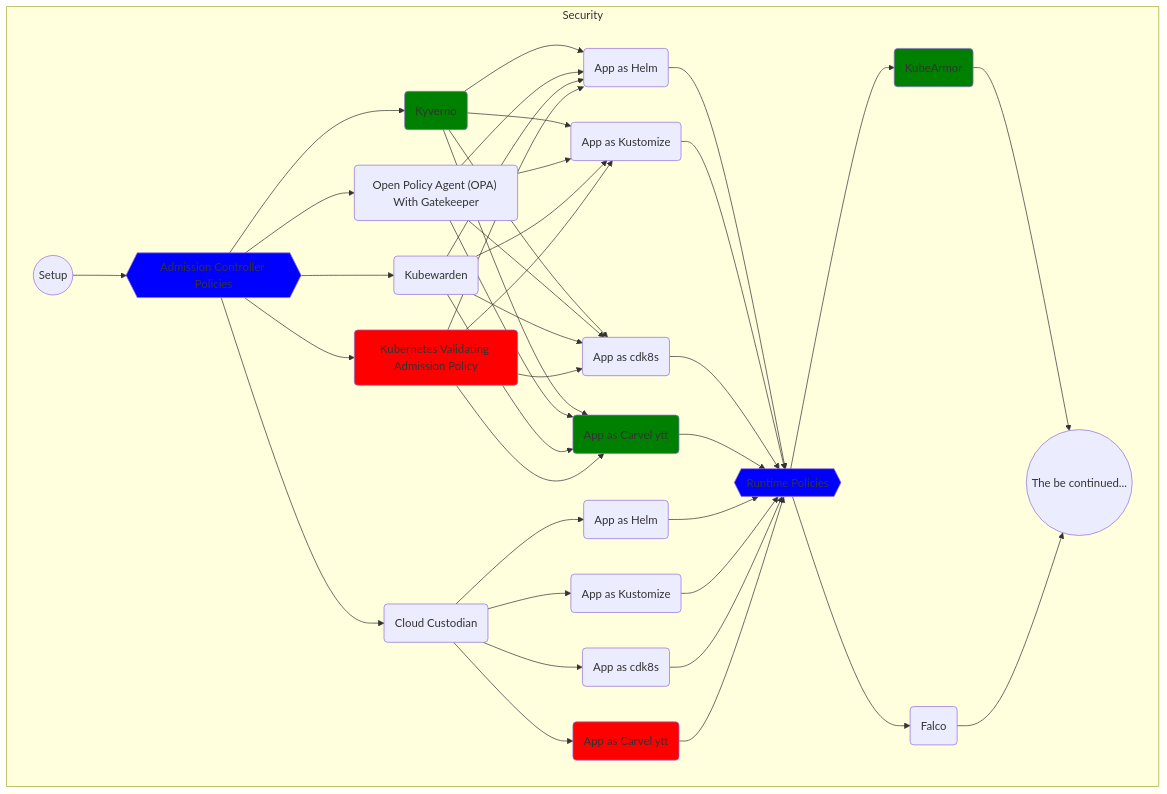
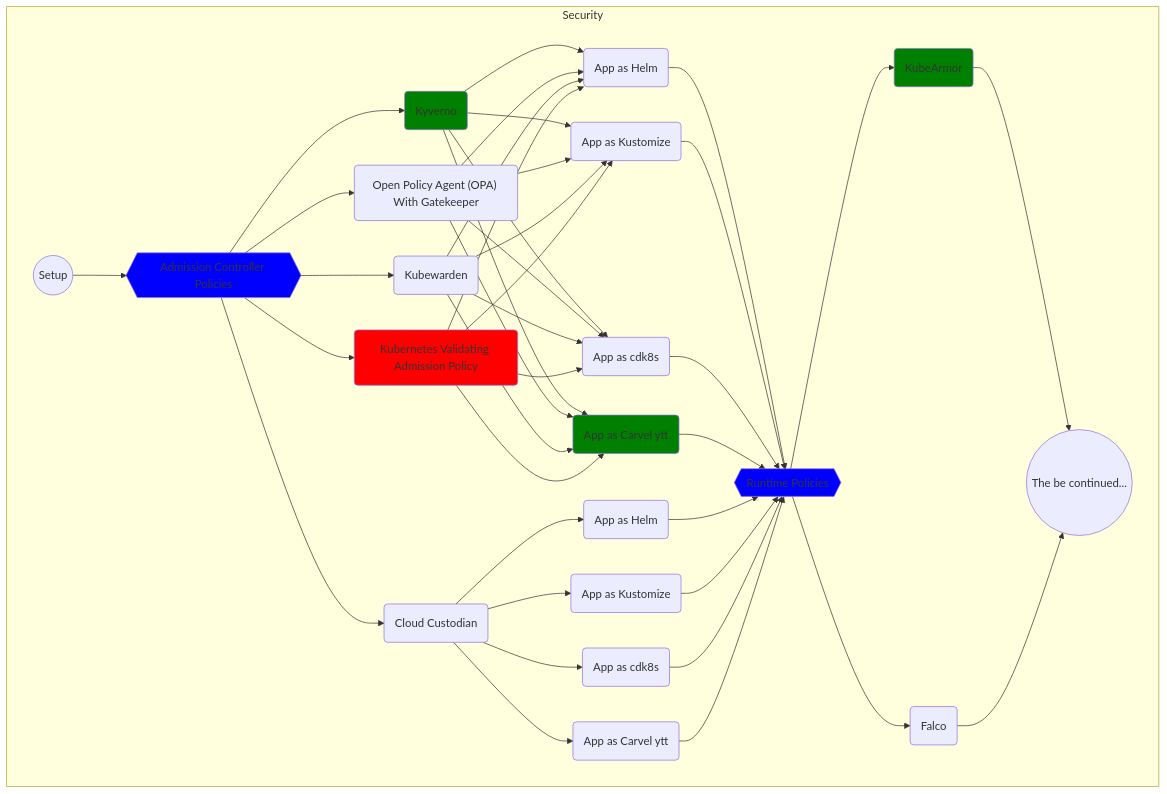
Before and after one commit to vfarcic/cncf-demo: the fourth of 4 diagrams in README.md, drawn with Mermaid. The commit also changed 9 other files, not shown here.

Commit message:
CloudCustodian

````diff
--- a/README.md
+++ b/README.md
@@ -339,70 +339,69 @@
 ```mermaid
 flowchart TD
 
     subgraph Security
 
         %% -----------
         %% -- Setup --
         %% -----------
         setup-security((Setup))
         click setup-security "https://github.com/vfarcic/cncf-demo/blob/main/manuscript/setup/security.md"
 
         %% -- Setup Connections --
         setup-security-->policies
 
         %% -----------------------------------
         %% -- Admission Controller Policies --
         %% -----------------------------------
         policies{{Admission Controller Policies}}
         style policies fill:blue
         click policies "https://github.com/vfarcic/cncf-demo/blob/main/manuscript/policies/README.md"
         kyverno(Kyverno)
         click kyverno "https://github.com/vfarcic/cncf-demo/blob/main/manuscript/policies/kyverno.md"
         style kyverno fill:green
         policies-opa("Open Policy Agent (OPA) With Gatekeeper")
         click policies-opa "https://github.com/vfarcic/cncf-demo/blob/main/manuscript/policies/gatekeeper.md"
         cloud-custodian(Cloud Custodian)
         click cloud-custodian "https://github.com/vfarcic/cncf-demo/blob/main/manuscript/policies/cloud-custodian.md"
         cloud-custodian-helm(App as Helm)
         click cloud-custodian-helm "https://github.com/vfarcic/cncf-demo/blob/main/manuscript/policies/cloud-custodian-helm.md"
         cloud-custodian-kustomize(App as Kustomize)
         click cloud-custodian-kustomize "https://github.com/vfarcic/cncf-demo/blob/main/manuscript/policies/cloud-custodian-kustomize.md"
         cloud-custodian-cdk8s(App as cdk8s)
         click cloud-custodian-cdk8s "https://github.com/vfarcic/cncf-demo/blob/main/manuscript/policies/cloud-custodian-cdk8s.md"
         cloud-custodian-carvel(App as Carvel ytt)
         click cloud-custodian-carvel "https://github.com/vfarcic/cncf-demo/blob/main/manuscript/policies/cloud-custodian-carvel.md"
-        style cloud-custodian-carvel fill:red
         kubewarden(Kubewarden)
         click kubewarden "https://github.com/vfarcic/cncf-demo/blob/main/manuscript/policies/kubewarden.md"
         %% Wait with VAP until it's GA
         vac(Kubernetes Validating Admission Policy)
         style vac fill:red
         policies-helm(App as Helm)
         click policies-helm "https://github.com/vfarcic/cncf-demo/blob/main/manuscript/policies/helm.md"
         policies-kustomize(App as Kustomize)
         click policies-kustomize "https://github.com/vfarcic/cncf-demo/blob/main/manuscript/policies/kustomize.md"
         policies-cdk8s(App as cdk8s)
         click policies-cdk8s "https://github.com/vfarcic/cncf-demo/blob/main/manuscript/policies/cdk8s.md"
         policies-carvel(App as Carvel ytt)
         style policies-carvel fill:green
         click policies-carvel "https://github.com/vfarcic/cncf-demo/blob/main/manuscript/policies/carvel.md"
         policies --> kyverno & policies-opa & kubewarden & vac --> policies-helm & policies-kustomize & policies-cdk8s & policies-carvel --> runtime-policies
         policies --> cloud-custodian --> cloud-custodian-helm & cloud-custodian-kustomize & cloud-custodian-cdk8s & cloud-custodian-carvel --> runtime-policies
 
         %% ----------------------
         %% -- Runtime Policies --
         %% ----------------------
         runtime-policies{{Runtime Policies}}
         style runtime-policies fill:blue
         click runtime-policies "https://github.com/vfarcic/cncf-demo/blob/main/manuscript/runtime-policies/README.md"
         kube-armor(KubeArmor)
         click kube-armor "https://github.com/vfarcic/cncf-demo/blob/main/manuscript/runtime-policies/kubearmor.md"
         style kube-armor fill:green
         falco(Falco)
         click falco "https://github.com/vfarcic/cncf-demo/blob/main/manuscript/runtime-policies/falco.md"
         runtime-policies --> kube-armor & falco --> continue
 
         continue((The be continued...))
 
     end
 ```
````
